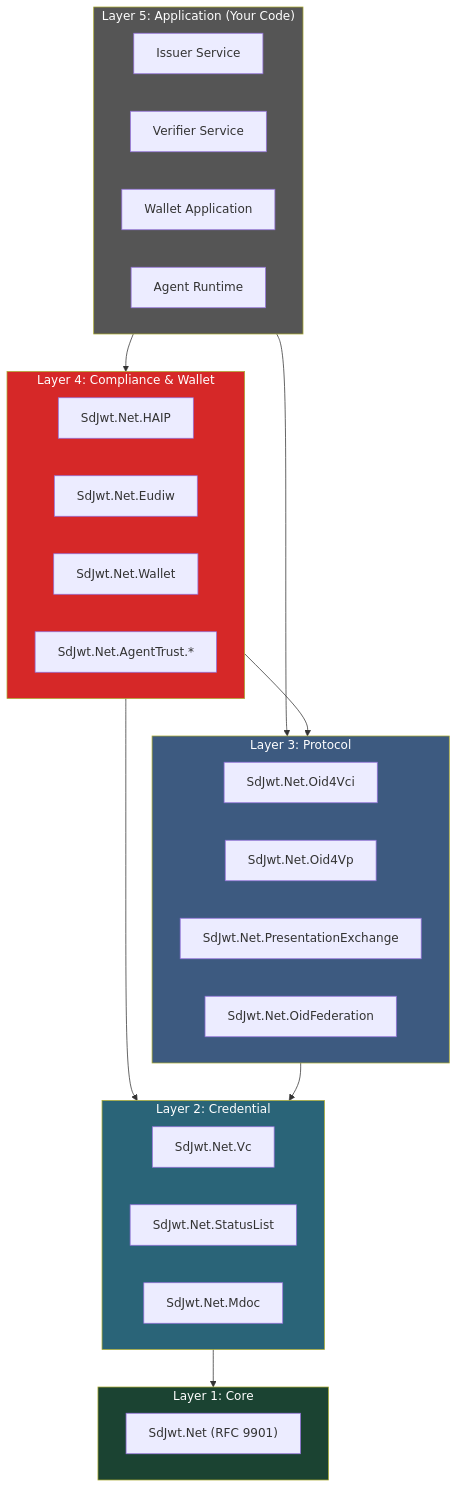
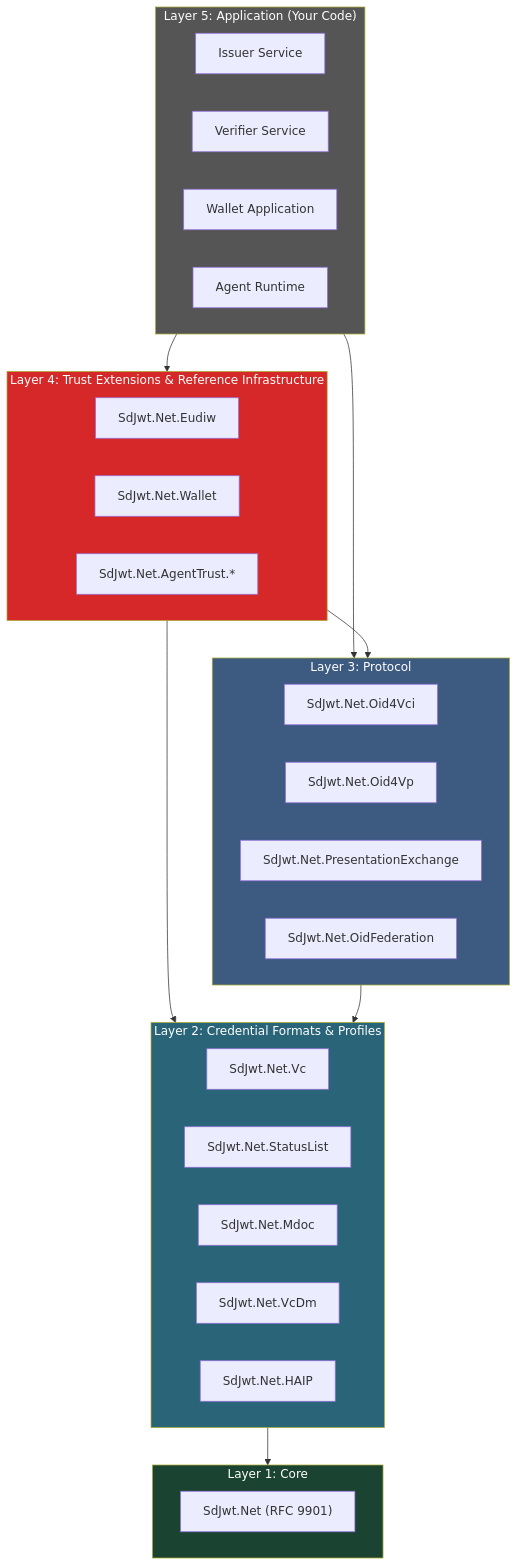
One commit to openwallet-foundation-labs/sd-jwt-dotnet changed the second of 8 diagrams in docs/concepts/ecosystem-architecture.md. Above: the diagram before and after it, drawn with Mermaid. The commit also changed other lines of this file and 364 other files, not shown here.

````diff
--- a/docs/concepts/ecosystem-architecture.md
+++ b/docs/concepts/ecosystem-architecture.md
@@ -28,46 +91,47 @@
 ```mermaid
 graph TB
     subgraph L5["Layer 5: Application (Your Code)"]
         Issuer["Issuer Service"]
         Verifier["Verifier Service"]
         WalletApp["Wallet Application"]
         AgentRuntime["Agent Runtime"]
     end
 
-    subgraph L4["Layer 4: Compliance & Wallet"]
-        HAIP["SdJwt.Net.HAIP"]
+    subgraph L4["Layer 4: Trust Extensions & Reference Infrastructure"]
         Eudiw["SdJwt.Net.Eudiw"]
         Wallet["SdJwt.Net.Wallet"]
         ATrust["SdJwt.Net.AgentTrust.*"]
     end
 
     subgraph L3["Layer 3: Protocol"]
         OID4VCI["SdJwt.Net.Oid4Vci"]
         OID4VP["SdJwt.Net.Oid4Vp"]
         PEX["SdJwt.Net.PresentationExchange"]
         Fed["SdJwt.Net.OidFederation"]
     end
 
-    subgraph L2["Layer 2: Credential"]
+    subgraph L2["Layer 2: Credential Formats & Profiles"]
         Vc["SdJwt.Net.Vc"]
         StatusList["SdJwt.Net.StatusList"]
         Mdoc["SdJwt.Net.Mdoc"]
+        VcDm["SdJwt.Net.VcDm"]
+        HAIP["SdJwt.Net.HAIP"]
     end
 
     subgraph L1["Layer 1: Core"]
         Core["SdJwt.Net (RFC 9901)"]
     end
 
     L5 --> L4
     L5 --> L3
     L4 --> L3
     L4 --> L2
     L3 --> L2
     L2 --> L1
 
     style L1 fill:#1b4332,color:#fff
     style L2 fill:#2a6478,color:#fff
     style L3 fill:#3d5a80,color:#fff
     style L4 fill:#d62828,color:#fff
     style L5 fill:#555,color:#fff
 ```
````
